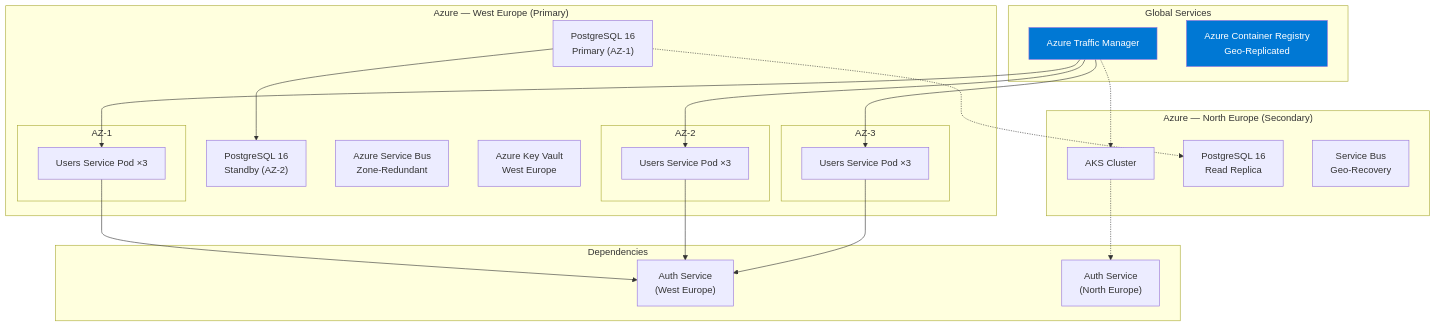
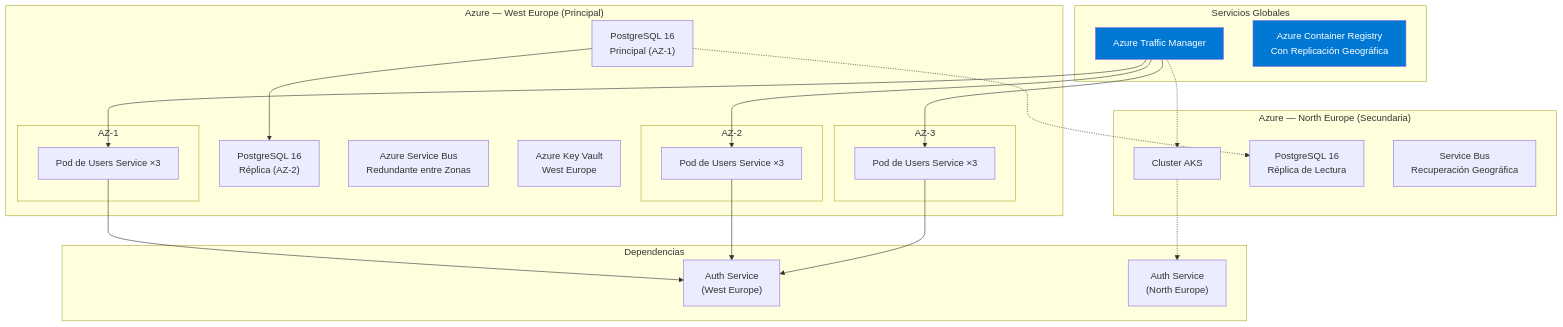
Before and after one commit to nalyd2/users-demo-backstage: the diagram in docs/architecture/deployment-view.md, drawn with Mermaid. The commit also changed other lines of this file and 52 other files, not shown here.

````diff
--- a/docs/architecture/deployment-view.md
+++ b/docs/architecture/deployment-view.md
@@ -9,50 +9,50 @@
 ```mermaid
 graph TB
-    subgraph "Azure — West Europe (Primary)"
+    subgraph "Azure — West Europe (Principal)"
         subgraph "AZ-1"
-            users_pod_1["Users Service Pod ×3"]
+            users_pod_1["Pod de Users Service ×3"]
         end
         subgraph "AZ-2"
-            users_pod_2["Users Service Pod ×3"]
+            users_pod_2["Pod de Users Service ×3"]
         end
         subgraph "AZ-3"
-            users_pod_3["Users Service Pod ×3"]
+            users_pod_3["Pod de Users Service ×3"]
         end
-        pg_primary["PostgreSQL 16<br/>Primary (AZ-1)"]
-        pg_standby["PostgreSQL 16<br/>Standby (AZ-2)"]
-        sb_we["Azure Service Bus<br/>Zone-Redundant"]
+        pg_primary["PostgreSQL 16<br/>Principal (AZ-1)"]
+        pg_standby["PostgreSQL 16<br/>Réplica (AZ-2)"]
+        sb_we["Azure Service Bus<br/>Redundante entre Zonas"]
         key_vault_we["Azure Key Vault<br/>West Europe"]
     end
 
-    subgraph "Azure — North Europe (Secondary)"
-        AKS_NE["AKS Cluster"]
-        pg_ne["PostgreSQL 16<br/>Read Replica"]
-        sb_ne["Service Bus<br/>Geo-Recovery"]
+    subgraph "Azure — North Europe (Secundaria)"
+        AKS_NE["Cluster AKS"]
+        pg_ne["PostgreSQL 16<br/>Réplica de Lectura"]
+        sb_ne["Service Bus<br/>Recuperación Geográfica"]
     end
 
-    subgraph "Dependencies"
+    subgraph "Dependencias"
         auth_svc_we["Auth Service<br/>(West Europe)"]
         auth_svc_ne["Auth Service<br/>(North Europe)"]
     end
 
-    subgraph "Global Services"
+    subgraph "Servicios Globales"
         traffic_mgr["Azure Traffic Manager"]
-        acr["Azure Container Registry<br/>Geo-Replicated"]
+        acr["Azure Container Registry<br/>Con Replicación Geográfica"]
     end
 
     traffic_mgr --> users_pod_1
     traffic_mgr --> users_pod_2
     traffic_mgr --> users_pod_3
     traffic_mgr -.-> AKS_NE
 
     users_pod_1 --> auth_svc_we
     users_pod_2 --> auth_svc_we
     users_pod_3 --> auth_svc_we
     AKS_NE -.-> auth_svc_ne
 
     pg_primary --> pg_standby
     pg_primary -.-> pg_ne
 
     style traffic_mgr fill:#0078D4,color:#fff
     style acr fill:#0078D4,color:#fff
 ```
````
